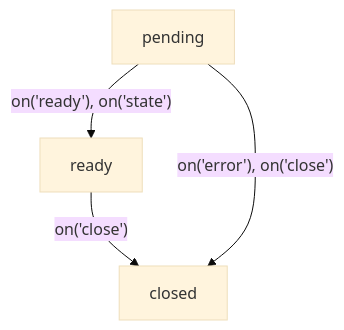
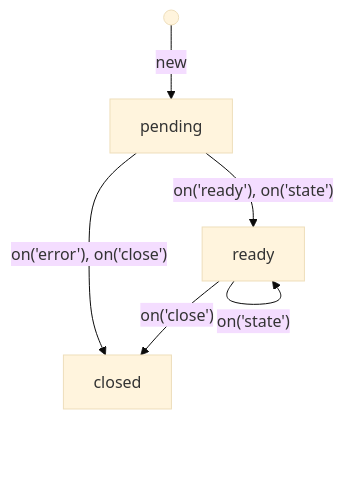
Before and after one commit to flinbein/stateful-rpc: the first of 2 diagrams in README.md, drawn with Mermaid (base theme). The commit also changed other lines of this file and 6 other files, not shown here.

````diff
--- a/README.md
+++ b/README.md
@@ -124,6 +142,8 @@
 ```mermaid
 flowchart TD
+  initialize(( )) -- new --> pending
+  pending -- on('error'), on('close') --> closed
   pending -- on('ready'), on('state') --> ready
   ready -- on('close') --> closed
-  pending -- on('error'), on('close') --> closed
+  ready -- on('state') --> ready
 ```
````
